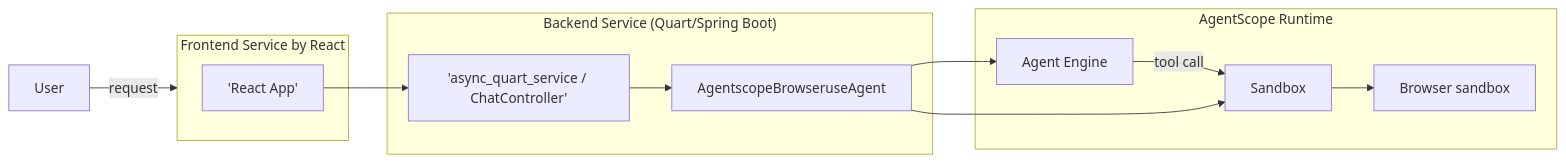
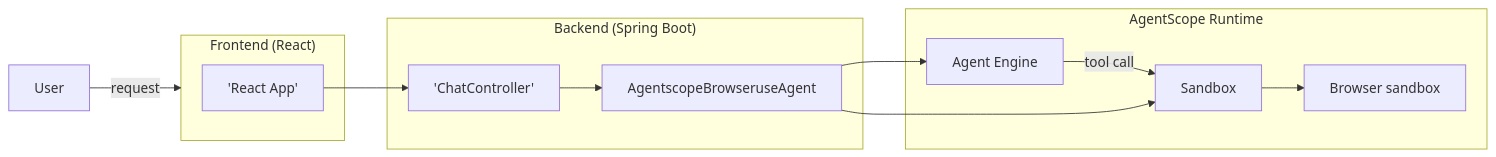
Before and after one commit to agentscope-ai/agentscope-runtime-java: the diagram in examples/browser_use_fullstack_runtime/README.md, drawn with Mermaid. The commit also changed other lines of this file and 70 other files, not shown here.

````diff
--- a/examples/browser_use_fullstack_runtime/README.md
+++ b/examples/browser_use_fullstack_runtime/README.md
@@ -80,19 +39,19 @@
 ```mermaid
 graph LR;
     subgraph As["AgentScope Runtime"]
         E[Sandbox]-->E1[Browser sandbox]
         F[Agent Engine]
         F-->|tool call| E
     end
-    subgraph Bs["Frontend Service by React"]
+    subgraph Bs["Frontend (React)"]
         B['React App']
     end
-    subgraph Cs["Backend Service (Quart/Spring Boot)"]
-        C['async_quart_service / ChatController']
+    subgraph Cs["Backend (Spring Boot)"]
+        C['ChatController']
             C --> D[AgentscopeBrowseruseAgent]
     end
     A[User] --> |request| Bs
     B --> C
     D --> E
     D --> F
 ```
````
